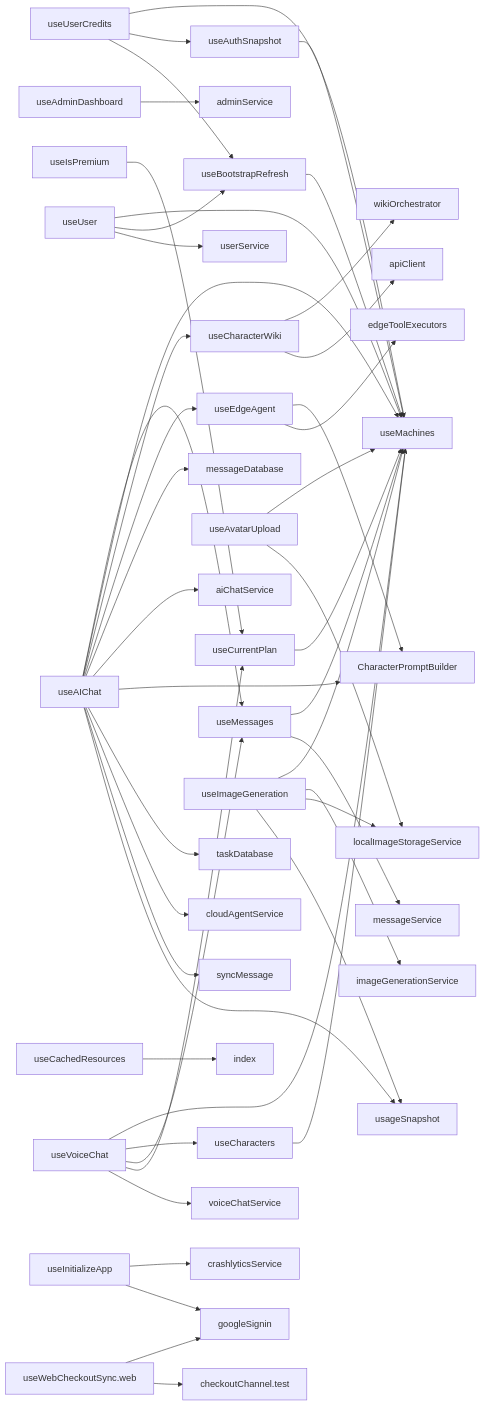
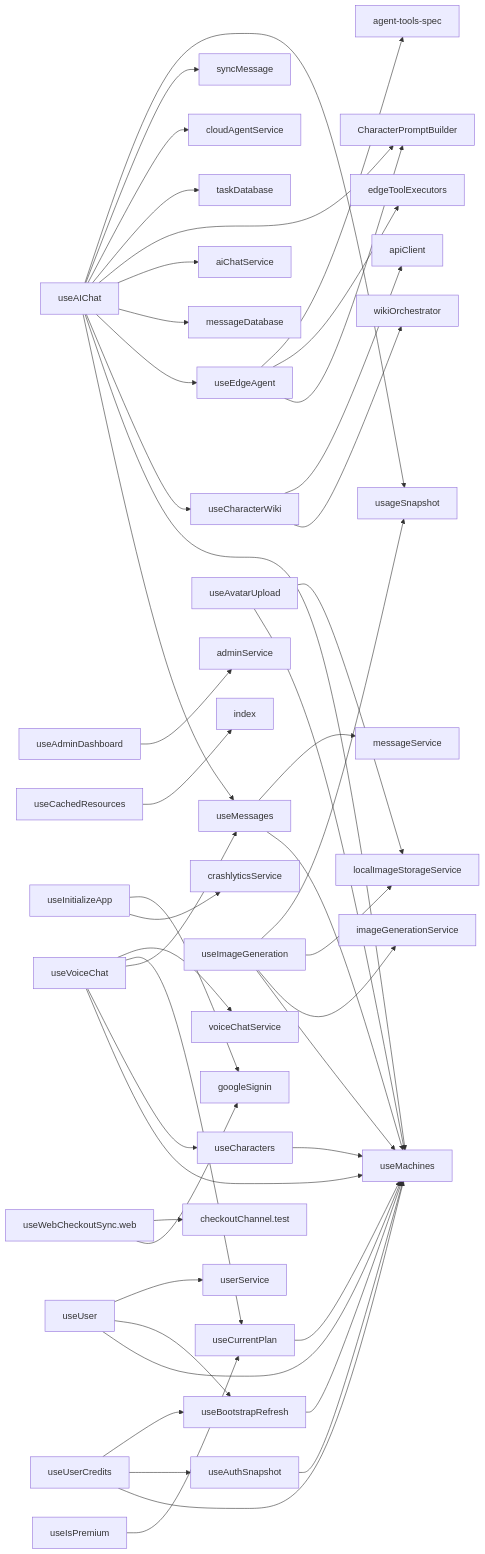
The diagram in docs/flowcharts/hooks.md (equationalapplications/clanker), drawn with Mermaid before and after one commit. The commit also changed 9 other files, not shown here.

````diff
--- a/docs/flowcharts/hooks.md
+++ b/docs/flowcharts/hooks.md
@@ -4,48 +4,49 @@
 ```mermaid
 graph LR
   useAIChat --> useMessages
   useAIChat --> useMachines
   useAIChat --> useCharacterWiki
   useAIChat --> useEdgeAgent
   useAIChat --> messageDatabase
   useAIChat --> aiChatService
   useAIChat --> CharacterPromptBuilder
   useAIChat --> taskDatabase
   useAIChat --> cloudAgentService
   useAIChat --> syncMessage
   useAIChat --> usageSnapshot
   useAdminDashboard --> adminService
   useAuthSnapshot --> useMachines
   useAvatarUpload --> useMachines
   useAvatarUpload --> localImageStorageService
   useBootstrapRefresh --> useMachines
   useCachedResources --> index
   useCharacterWiki --> wikiOrchestrator
   useCharacterWiki --> apiClient
   useCharacters --> useMachines
   useCurrentPlan --> useMachines
   useEdgeAgent --> CharacterPromptBuilder
   useEdgeAgent --> edgeToolExecutors
+  useEdgeAgent --> agent-tools-spec
   useImageGeneration --> useMachines
   useImageGeneration --> imageGenerationService
   useImageGeneration --> localImageStorageService
   useImageGeneration --> usageSnapshot
   useInitializeApp --> crashlyticsService
   useInitializeApp --> googleSignin
   useIsPremium --> useCurrentPlan
   useMessages --> useMachines
   useMessages --> messageService
   useUser --> useMachines
   useUser --> useBootstrapRefresh
   useUser --> userService
   useUserCredits --> useMachines
   useUserCredits --> useAuthSnapshot
   useUserCredits --> useBootstrapRefresh
   useVoiceChat --> useMachines
   useVoiceChat --> useCharacters
   useVoiceChat --> useMessages
   useVoiceChat --> useCurrentPlan
   useVoiceChat --> voiceChatService
   useWebCheckoutSync.web --> googleSignin
   useWebCheckoutSync.web --> checkoutChannel.test
 ```
````
